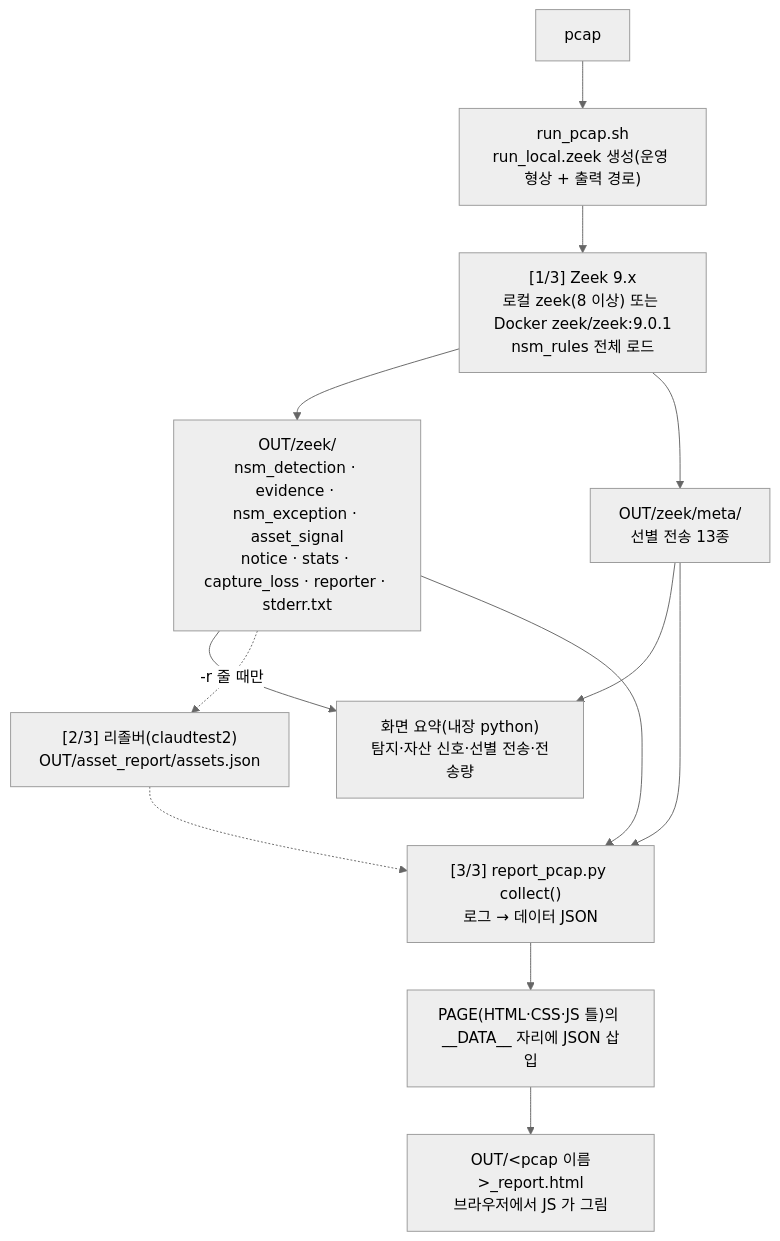
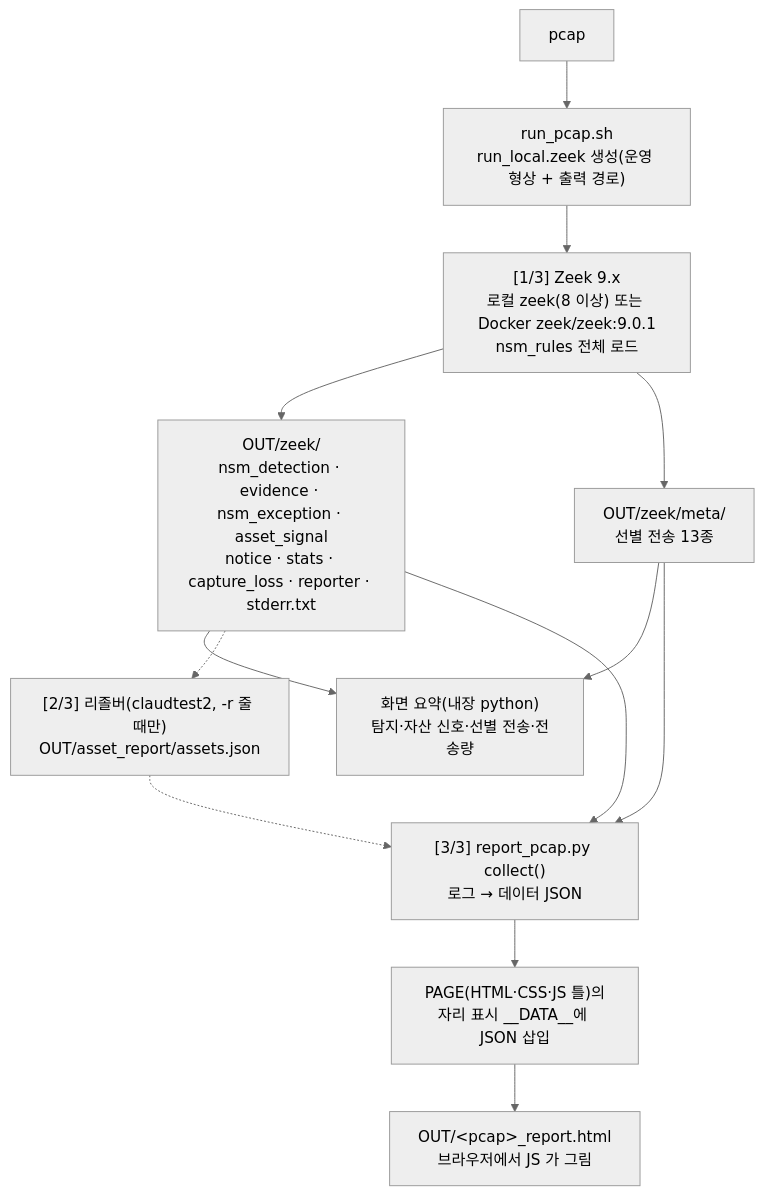
Before and after one commit to kwsjjang8901-ship-it/nsm: the diagram in docs/REPORT_SPEC.md, drawn with Mermaid (neutral theme).

Commit message:
docs(REPORT_SPEC): 흐름도 라벨이 mermaid 에서 깨지지 않게
__DATA__ 가 굵은 DATA 로, <pcap 이름> 이 태그로 지워지던 것을 엔티티(#95;·#lt;)로 바꾸고,
-r 조건은 선 라벨 대신 상자 안에 적어 선과 겹치지 않게 한다.

Claude-Session: https://claude.ai/code/session_01PcVJeCABYooTAbDMAMQya3

````diff
--- a/docs/REPORT_SPEC.md
+++ b/docs/REPORT_SPEC.md
@@ -18,15 +18,15 @@
 ```mermaid
 flowchart TD
     P["pcap"] --> R["run_pcap.sh<br/>run_local.zeek 생성(운영 형상 + 출력 경로)"]
     R --> Z["[1/3] Zeek 9.x<br/>로컬 zeek(8 이상) 또는 Docker zeek/zeek:9.0.1<br/>nsm_rules 전체 로드"]
     Z --> L["OUT/zeek/<br/>nsm_detection · evidence · nsm_exception · asset_signal<br/>notice · stats · capture_loss · reporter · stderr.txt"]
     Z --> LM["OUT/zeek/meta/<br/>선별 전송 13종"]
     L --> S["화면 요약(내장 python)<br/>탐지·자산 신호·선별 전송·전송량"]
     LM --> S
-    L -.->|"-r 줄 때만"| AR["[2/3] 리졸버(claudtest2)<br/>OUT/asset_report/assets.json"]
+    L -.-> AR["[2/3] 리졸버(claudtest2, -r 줄 때만)<br/>OUT/asset_report/assets.json"]
     L --> G["[3/3] report_pcap.py collect()<br/>로그 → 데이터 JSON"]
     LM --> G
     AR -.-> G
-    G --> H["PAGE(HTML·CSS·JS 틀)의 __DATA__ 자리에 JSON 삽입"]
-    H --> O["OUT/&lt;pcap 이름&gt;_report.html<br/>브라우저에서 JS 가 그림"]
+    G --> H["PAGE(HTML·CSS·JS 틀)의<br/>자리 표시 #95;#95;DATA#95;#95;에 JSON 삽입"]
+    H --> O["OUT/#lt;pcap#gt;_report.html<br/>브라우저에서 JS 가 그림"]
 ```
````
